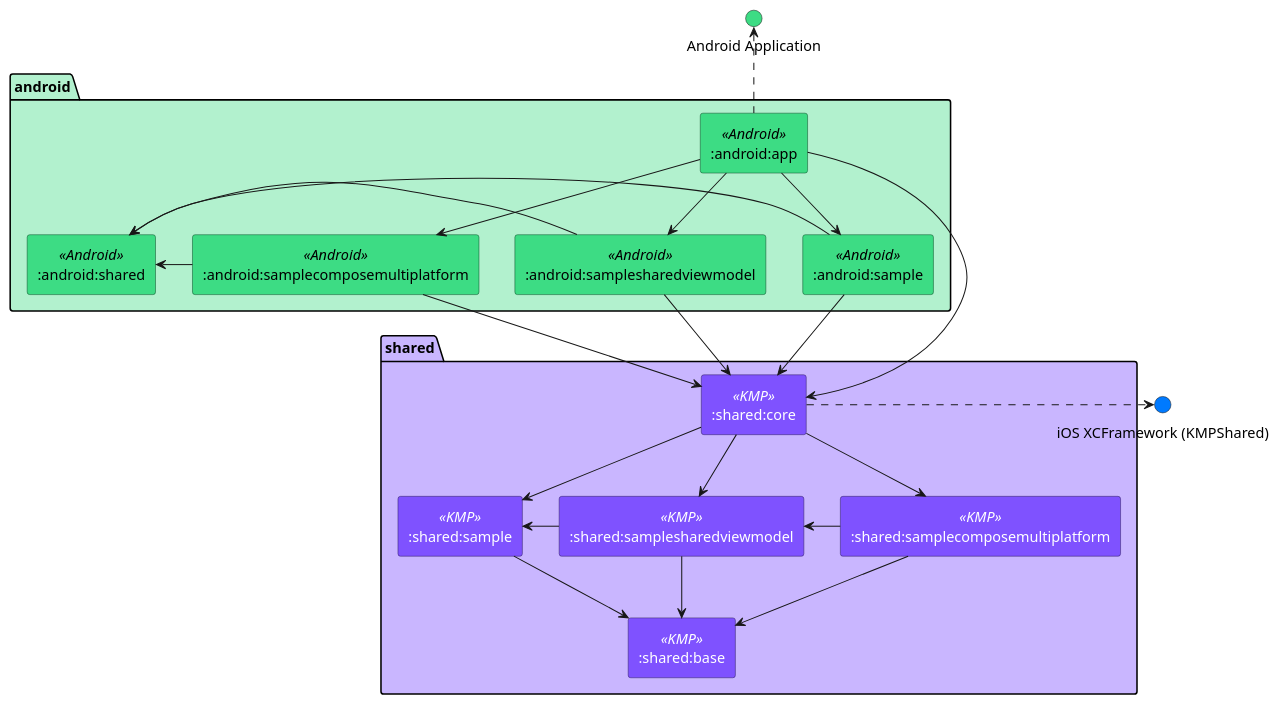
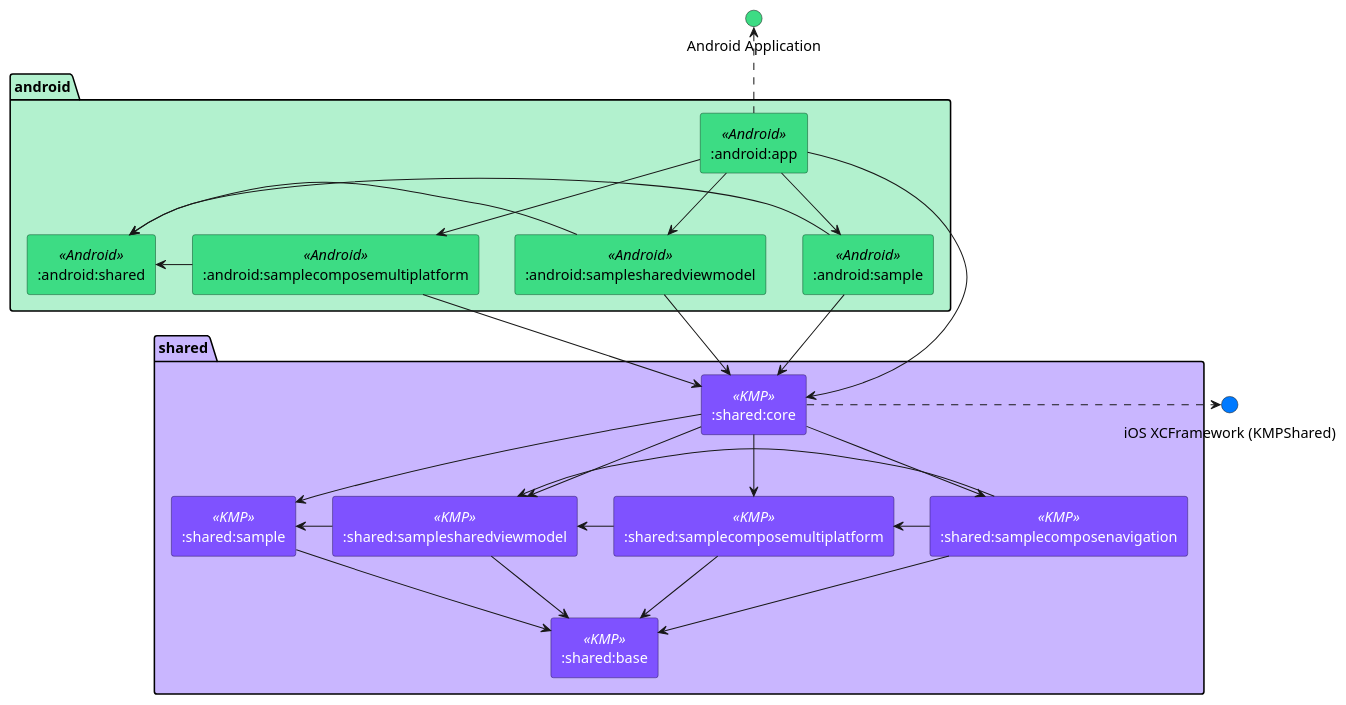
Before and after one commit to MateeDevs/MateeStarter: the diagram in ProjectStructure.puml, drawn with PlantUML. The commit also changed 65 other files, not shown here.

```diff
--- a/ProjectStructure.puml
+++ b/ProjectStructure.puml
@@ -1,58 +1,63 @@
 @startuml
 'https://plantuml.com/component-diagram
 skinparam componentStyle rectangle
 
 skinparam component {
   BackgroundColor<<Android>> #3DDC84
   BorderColor<<Android>> #0B4E29
   FontColor<<KMP>> #white
   BackgroundColor<<KMP>> #7F52FF
   BorderColor<<KMP>> #312161
 }
 
 package "android" #B2F1CE {
     [:android:app] <<Android>>
     [:android:sample] <<Android>>
     [:android:samplesharedviewmodel] <<Android>>
     [:android:samplecomposemultiplatform] <<Android>>
     [:android:shared] <<Android>>
 }
 
 package "shared" #C9B6FF {
     [:shared:base] <<KMP>>
     [:shared:core] <<KMP>>
     [:shared:sample] <<KMP>>
     [:shared:samplesharedviewmodel] <<KMP>>
     [:shared:samplecomposemultiplatform] <<KMP>>
+    [:shared:samplecomposenavigation] <<KMP>>
 }
 
 interface "Android Application" #3DDC84
 
 "Android Application" <.. [:android:app]
 [:android:app] --> [:android:sample]
 [:android:app] --> [:android:samplesharedviewmodel]
 [:android:app] --> [:android:samplecomposemultiplatform]
 
 [:android:sample] -left-> [:android:shared]
 [:android:samplesharedviewmodel] -left-> [:android:shared]
 [:android:samplecomposemultiplatform] -left-> [:android:shared]
 
 [:android:app] -down-> [:shared:core]
 interface "iOS XCFramework (KMPShared)" #007AFF
 "iOS XCFramework (KMPShared)" <.left. [:shared:core]
 
 [:android:sample] --> [:shared:core]
 [:android:samplesharedviewmodel] --> [:shared:core]
 [:android:samplecomposemultiplatform] --> [:shared:core]
 
 [:shared:core] --> [:shared:sample]
 [:shared:core] --> [:shared:samplesharedviewmodel]
 [:shared:core] --> [:shared:samplecomposemultiplatform]
+[:shared:core] --> [:shared:samplecomposenavigation]
 
 [:shared:sample] --> [:shared:base]
 [:shared:samplesharedviewmodel] --> [:shared:base]
 [:shared:samplecomposemultiplatform] --> [:shared:base]
+[:shared:samplecomposenavigation] --> [:shared:base]
 
 [:shared:samplesharedviewmodel] -left-> [:shared:sample]
 [:shared:samplecomposemultiplatform] -left-> [:shared:samplesharedviewmodel]
+[:shared:samplecomposenavigation] -left-> [:shared:samplesharedviewmodel]
+[:shared:samplecomposenavigation] -left-> [:shared:samplecomposemultiplatform]
 @enduml
```
